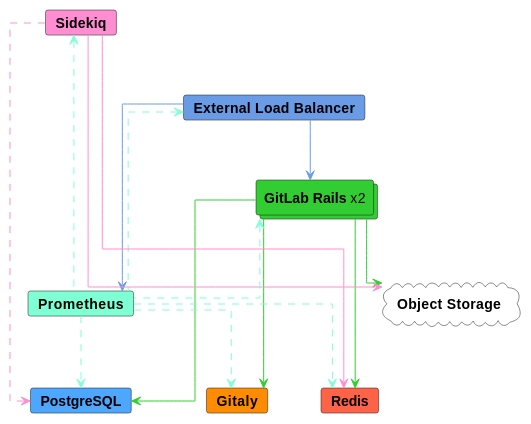
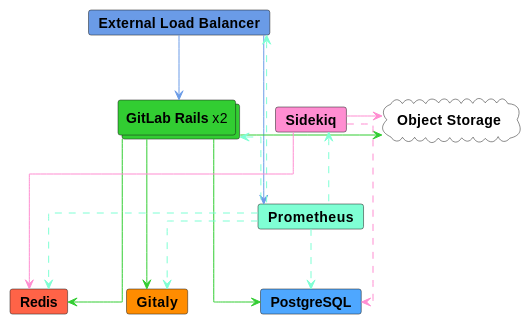
One commit to pavankalisetti009/gitlab changed the first of 2 diagrams in doc/administration/reference_architectures/2k_users.md. Above: the diagram before and after it, drawn with PlantUML. The commit also changed other lines of this file and 1 other file, not shown here.

Commit message:
Update Prometheus configuration for Sidekiq in 2k docs

````diff
--- a/doc/administration/reference_architectures/2k_users.md
+++ b/doc/administration/reference_architectures/2k_users.md
@@ -56,39 +56,39 @@
 ```plantuml
 @startuml 2k
 skinparam linetype ortho
 
 card "**External Load Balancer**" as elb #6a9be7
 
 together {
   collections "**GitLab Rails** x2" as gitlab #32CD32
   card "**Sidekiq**" as sidekiq #ff8dd1
 }
 
 card "**Prometheus**" as monitor #7FFFD4
 card "**Gitaly**" as gitaly #FF8C00
 card "**PostgreSQL**" as postgres #4EA7FF
 card "**Redis**" as redis #FF6347
 cloud "**Object Storage**" as object_storage #white
 
 elb -[#6a9be7]-> gitlab
-elb -[#6a9be7]--> monitor
+elb -[#6a9be7,norank]--> monitor
 
 gitlab -[#32CD32]--> gitaly
 gitlab -[#32CD32]--> postgres
-gitlab -[#32CD32]-> object_storage
+gitlab -[#32CD32]> object_storage
 gitlab -[#32CD32]--> redis
 
-sidekiq -[#ff8dd1]r-> object_storage
-sidekiq -[#ff8dd1]----> redis
-sidekiq .[#ff8dd1]----> postgres
+sidekiq -[#ff8dd1]> object_storage
+sidekiq -[#ff8dd1]--> redis
+sidekiq .[#ff8dd1]--> postgres
 sidekiq -[hidden]-> monitor
 
 monitor .[#7FFFD4]u-> gitlab
 monitor .[#7FFFD4]-> gitaly
 monitor .[#7FFFD4]-> postgres
 monitor .[#7FFFD4,norank]--> redis
 monitor .[#7FFFD4,norank]u--> elb
 monitor .[#7FFFD4]u-> sidekiq
 
 @enduml
 ```
````
